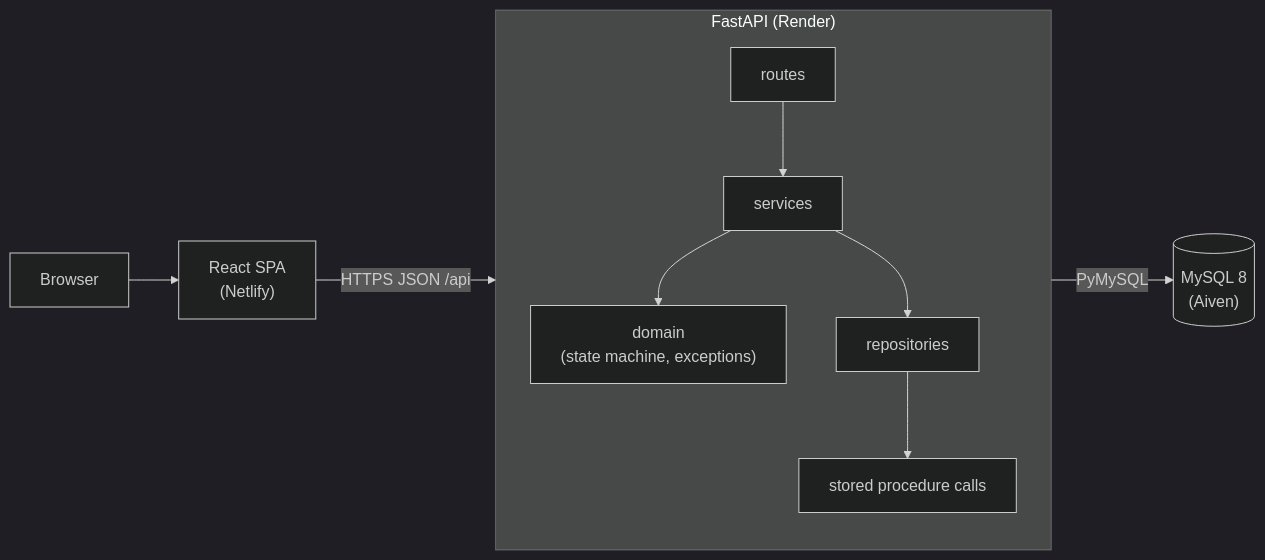
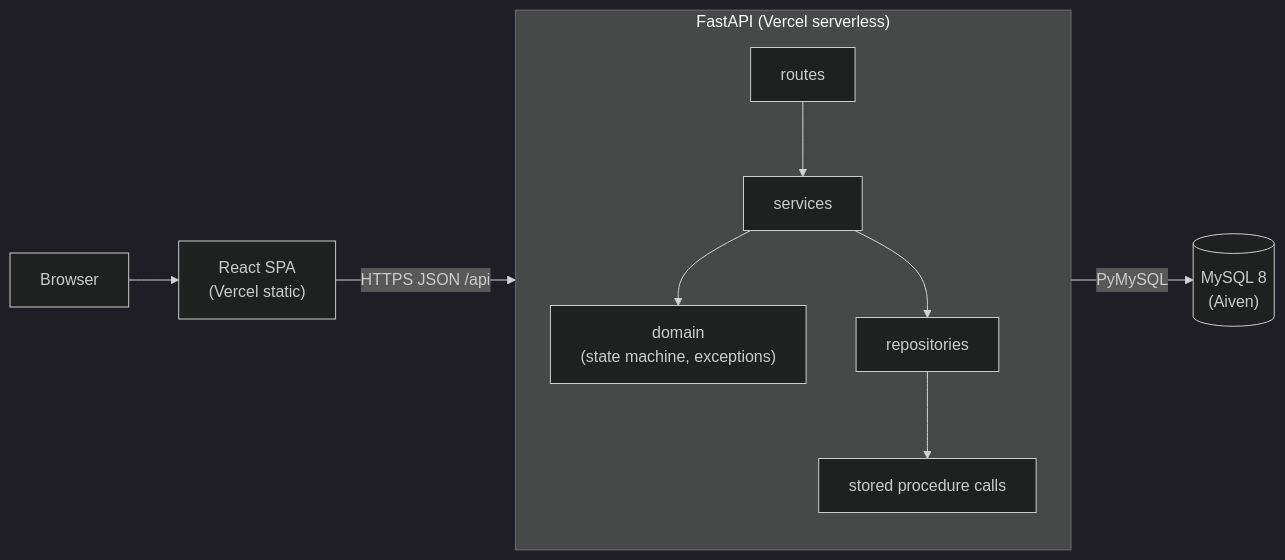
The diagram in docs/architecture.md (MaxWolts/reto-tecnico-fractal-soluciones), drawn with Mermaid (dark theme) before and after one commit. The commit also changed other lines of this file and 2 other files, not shown here.

Commit message:
📝 update deploy guide for vercel

````diff
--- a/docs/architecture.md
+++ b/docs/architecture.md
@@ -3,15 +3,15 @@
 ```mermaid
 flowchart LR
-    B["Browser"] --> SPA["React SPA<br/>(Netlify)"]
+    B["Browser"] --> SPA["React SPA<br/>(Vercel static)"]
     SPA -->|"HTTPS JSON /api"| API
 
-    subgraph API["FastAPI (Render)"]
+    subgraph API["FastAPI (Vercel serverless)"]
         direction TB
         R["routes"] --> S["services"]
         S --> D["domain<br/>(state machine, exceptions)"]
         S --> RE["repositories"]
         RE --> SP["stored procedure calls"]
     end
 
     SP -->|"PyMySQL"| DB[("MySQL 8<br/>(Aiven)")]
 ```
````
